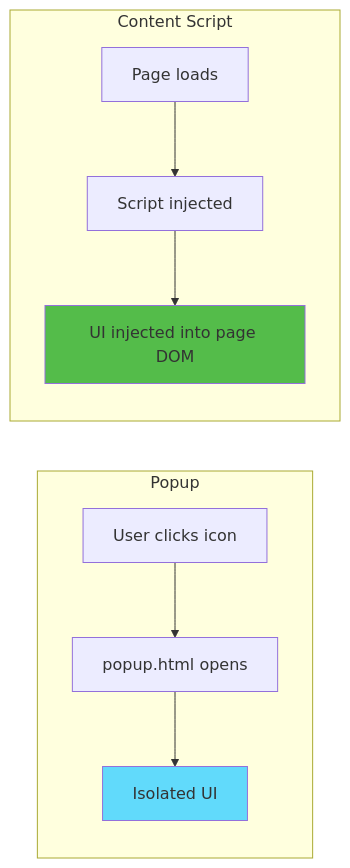
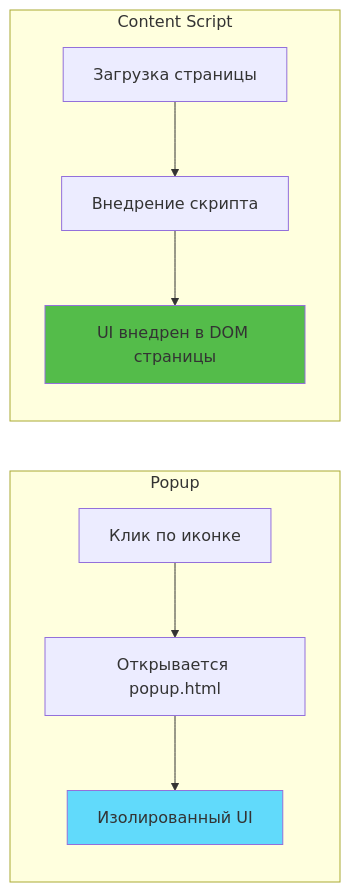
One commit to drunkody/textarea-fullscreen-extension changed the second of 3 diagrams in slides/02-react-content-script.md. Above: the diagram before and after it, drawn with Mermaid. The commit also changed other lines of this file and 22 other files, not shown here.

````diff
--- a/slides/02-react-content-script.md
+++ b/slides/02-react-content-script.md
@@ -193,15 +193,15 @@
 ```mermaid
 graph LR
     subgraph Popup
-        P[User clicks icon] --> PR[popup.html opens]
-        PR --> PUI[Isolated UI]
+        P[Клик по иконке] --> PR[Открывается popup.html]
+        PR --> PUI[Изолированный UI]
     end
     
     subgraph Content Script
-        CS[Page loads] --> CI[Script injected]
-        CI --> CUI[UI injected into page DOM]
+        CS[Загрузка страницы] --> CI[Внедрение скрипта]
+        CI --> CUI[UI внедрен в DOM страницы]
     end
     
     style PUI fill:#61dafb
     style CUI fill:#54bc4a
 ```
````
